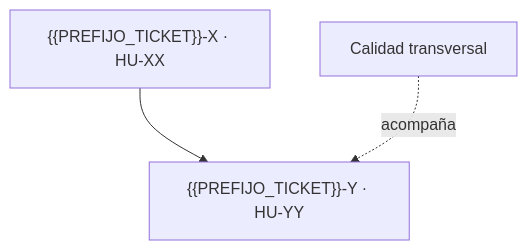
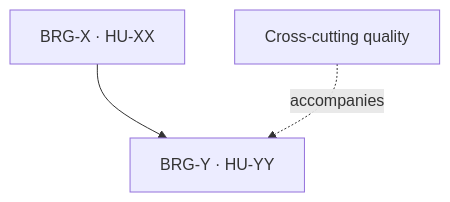
The diagram in docs/backlog/sprints/PLANTILLA-SPRINT.md (Cheboy04/Bridge_WebPage), drawn with Mermaid before and after one commit. The commit also changed other lines of this file and 22 other files, not shown here.

````diff
--- a/docs/backlog/sprints/PLANTILLA-SPRINT.md
+++ b/docs/backlog/sprints/PLANTILLA-SPRINT.md
@@ -34,5 +38,5 @@
 ```mermaid
 flowchart TD
-    A["{{PREFIJO_TICKET}}-X · HU-XX"] --> B["{{PREFIJO_TICKET}}-Y · HU-YY"]
-    Q["Calidad transversal"] -. acompaña .-> B
+    A["BRG-X · HU-XX"] --> B["BRG-Y · HU-YY"]
+    Q["Cross-cutting quality"] -. accompanies .-> B
 ```
````
